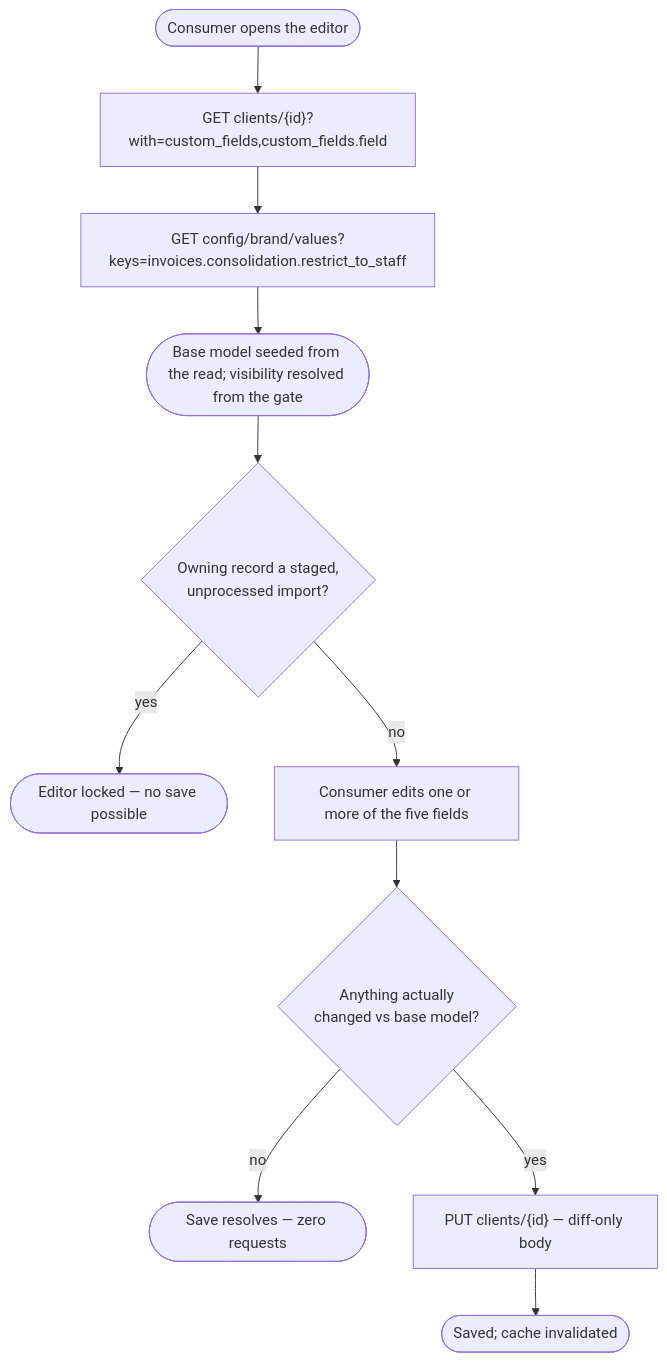
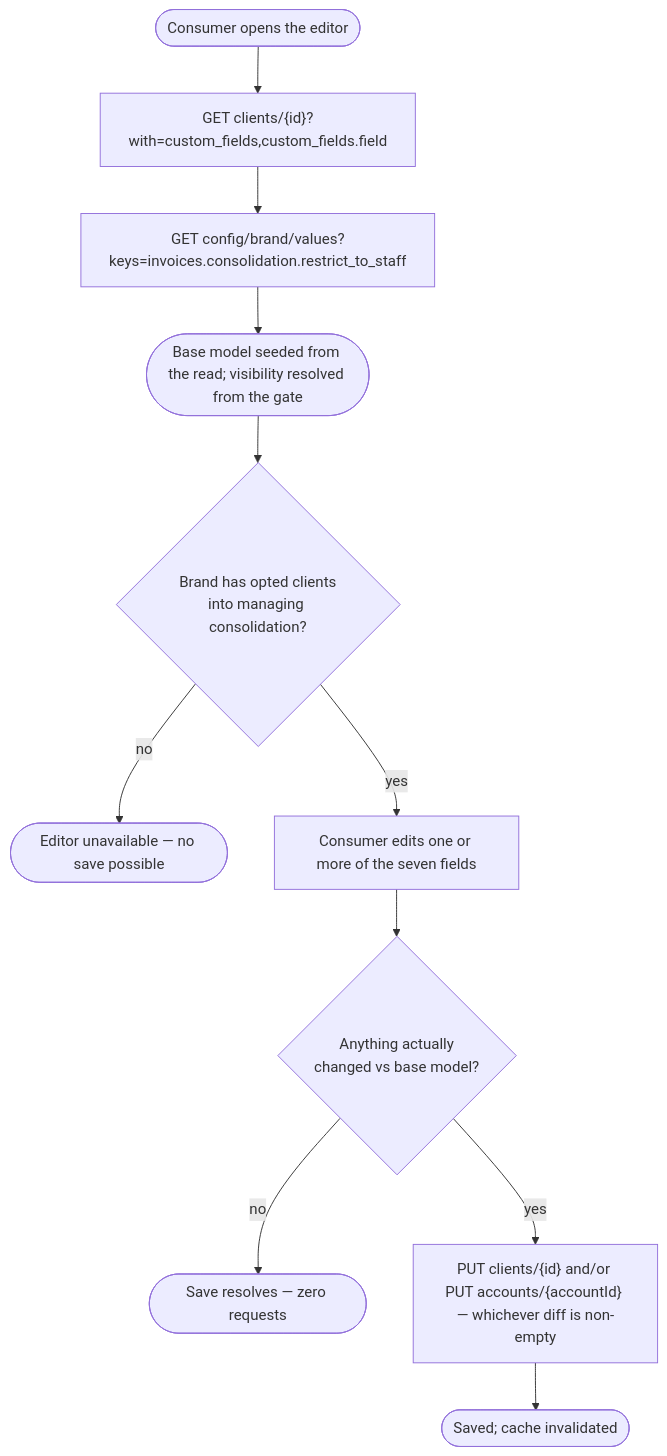
One commit to upmind/upmind-ui changed the first of 2 diagrams in packages/headless/src/modules/client-billing-settings/docs/foundation.md. Above: the diagram before and after it, drawn with Mermaid. The commit also changed other lines of this file and 4606 other files, not shown here.

````diff
--- a/packages/headless/src/modules/client-billing-settings/docs/foundation.md
+++ b/packages/headless/src/modules/client-billing-settings/docs/foundation.md
@@ -224,13 +270,13 @@
 ```mermaid
 flowchart TD
   start([Consumer opens the editor]) --> read["GET clients/{id}?with=custom_fields,custom_fields.field"]
   read --> gate["GET config/brand/values?keys=invoices.consolidation.restrict_to_staff"]
   gate --> base(["Base model seeded from the read; visibility resolved from the gate"])
-  base --> staged{"Owning record a staged,<br/>unprocessed import?"}
-  staged -- yes --> locked(["Editor locked — no save possible"])
-  staged -- no --> edit["Consumer edits one or more of the five fields"]
+  base --> available{"Brand has opted clients<br/>into managing consolidation?"}
+  available -- no --> locked(["Editor unavailable — no save possible"])
+  available -- yes --> edit["Consumer edits one or more of the seven fields"]
   edit --> dirty{"Anything actually<br/>changed vs base model?"}
   dirty -- no --> noop(["Save resolves — zero requests"])
-  dirty -- yes --> put["PUT clients/{id} — diff-only body"]
+  dirty -- yes --> put["PUT clients/{id} and/or PUT accounts/{accountId} — whichever diff is non-empty"]
   put --> done(["Saved; cache invalidated"])
 ```
````
